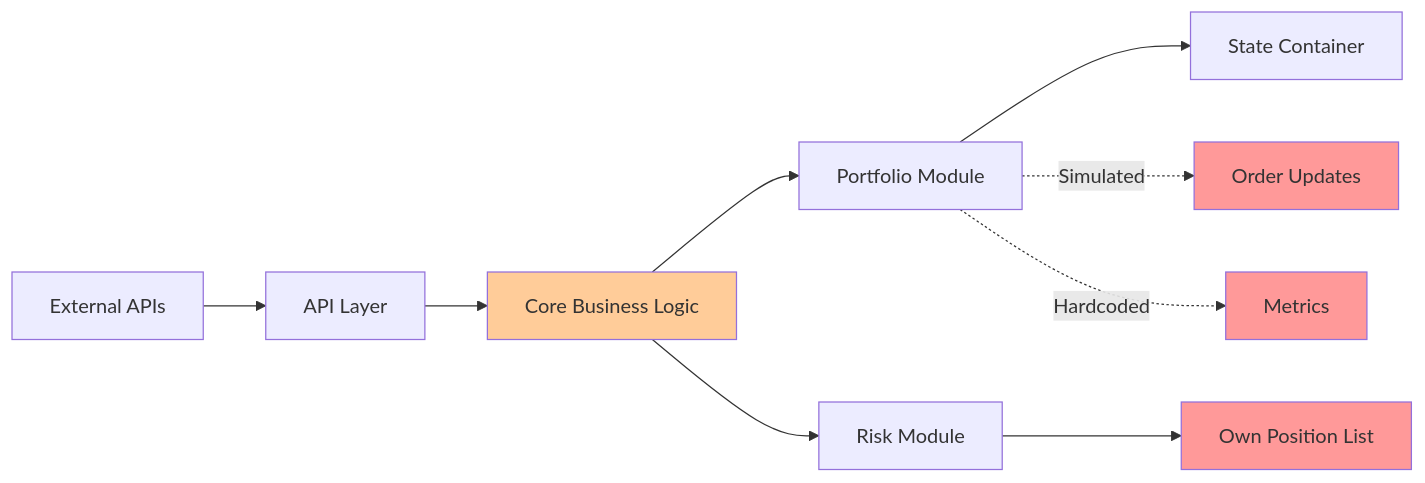
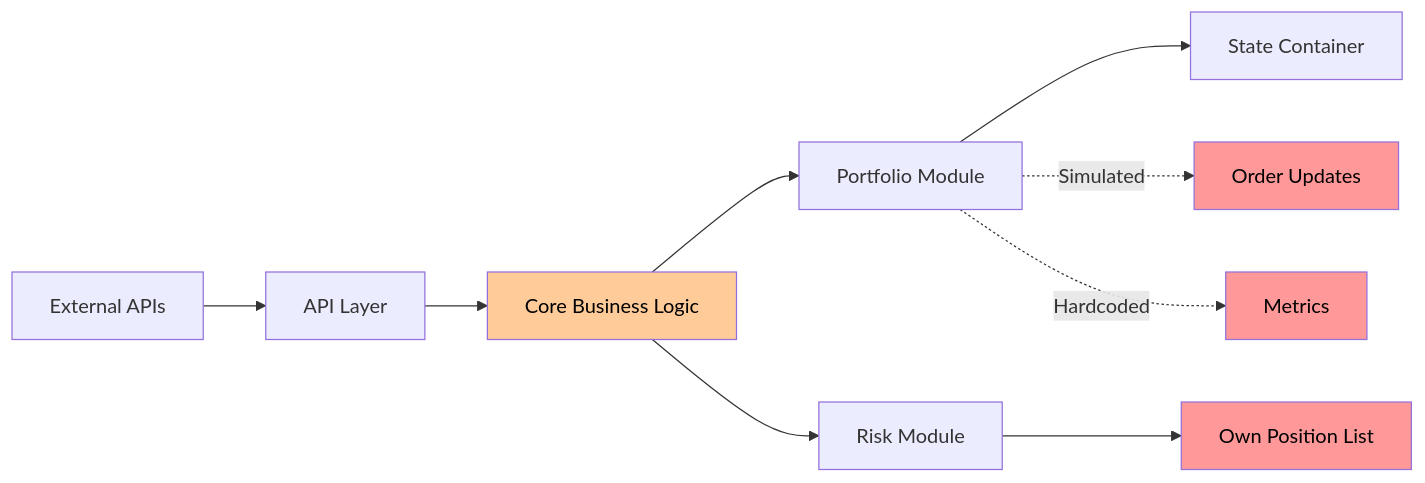
The fifth of 15 diagrams in workflow/business_logic_refactor/04_business_logic_core_look.md (plataplomo/hummingbot), drawn with Mermaid before and after one commit. The commit also changed other lines of this file and 33 other files, not shown here.

First line of the commit message:
Comprehensive refactor and architectural analysis for CyberDeltaEngine (#65)

````diff
--- a/workflow/business_logic_refactor/04_business_logic_core_look.md
+++ b/workflow/business_logic_refactor/04_business_logic_core_look.md
@@ -160,17 +169,17 @@
 ```mermaid
 graph LR
     A[External APIs] --> B[API Layer]
     B --> C[Core Business Logic]
     C --> D[Portfolio Module]
     C --> E[Risk Module]
     D --> F[State Container]
     E --> G[Own Position List]
     
     D -.->|Simulated| H[Order Updates]
     D -.->|Hardcoded| I[Metrics]
     
-    style C fill:#ffcc99
-    style G fill:#ff9999
-    style H fill:#ff9999
-    style I fill:#ff9999
+    style C fill:#ffcc99,color:#000
+    style G fill:#ff9999,color:#000
+    style H fill:#ff9999,color:#000
+    style I fill:#ff9999,color:#000
 ```
````
